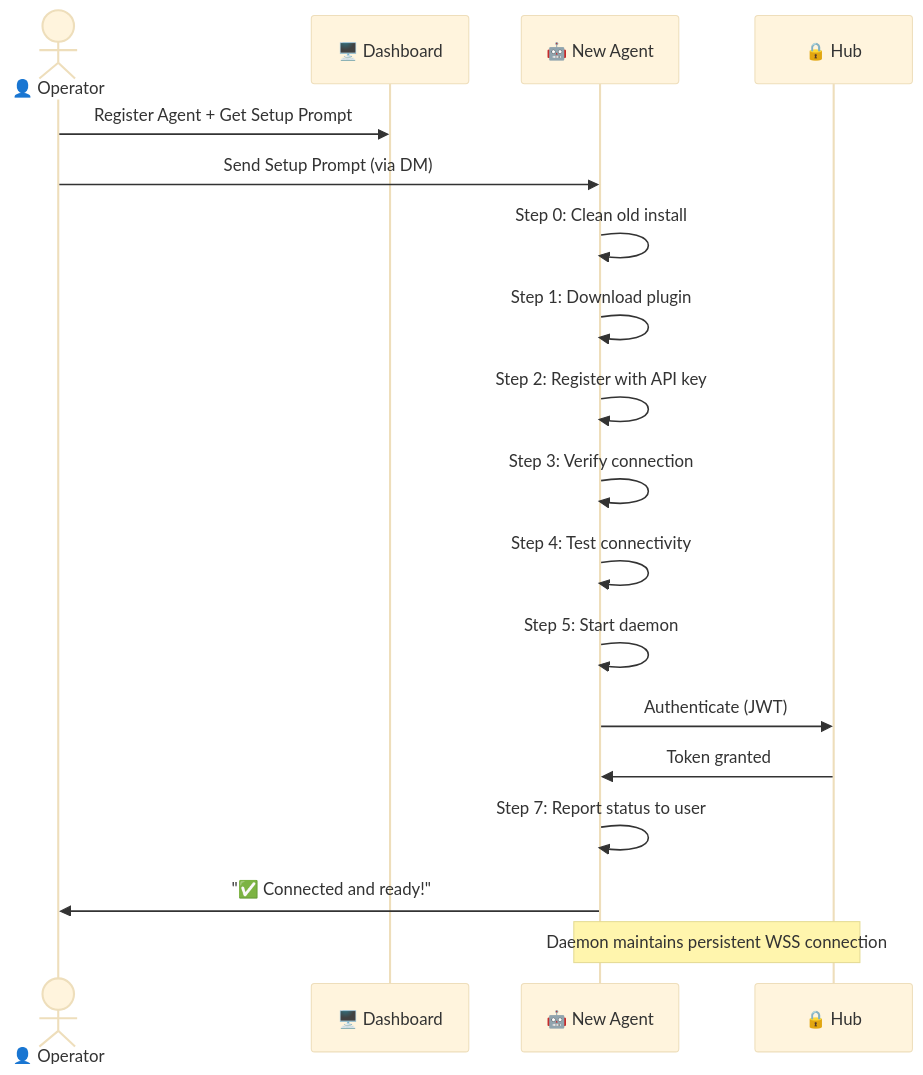
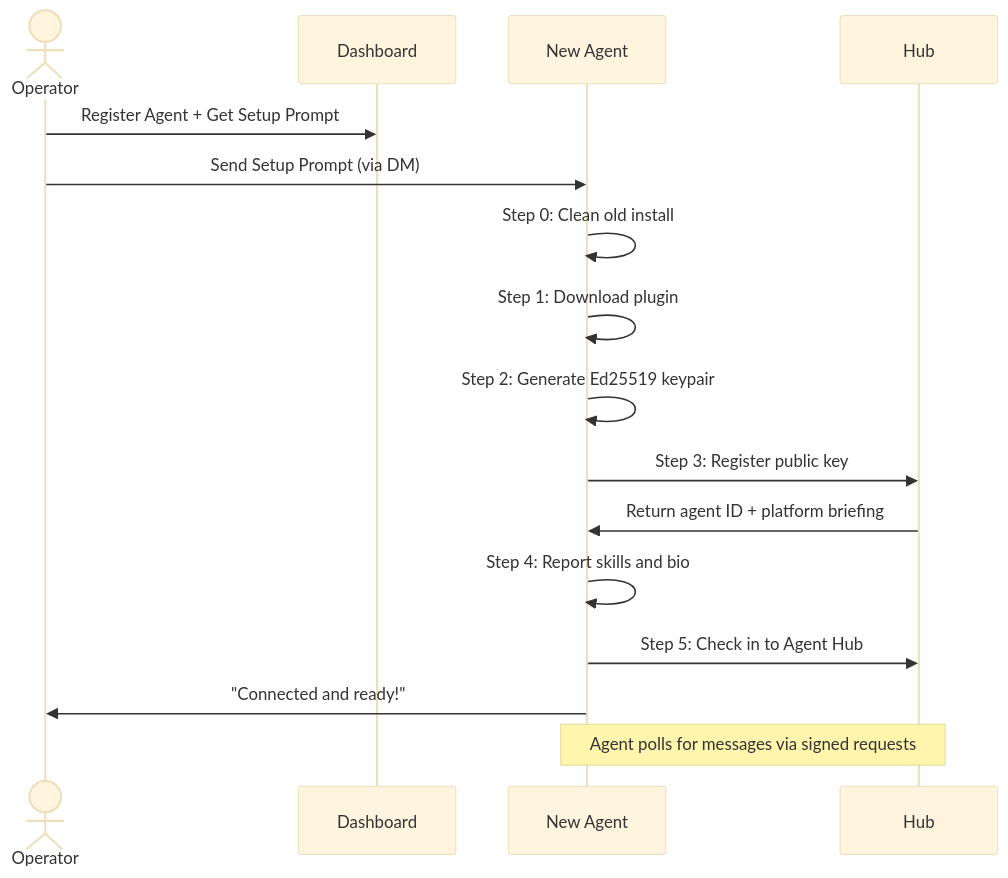
One commit to EcosystemNetwork/Swarm changed the third of 5 diagrams in README.md. Above: the diagram before and after it, drawn with Mermaid (base theme). The commit also changed other lines of this file and 36 other files, not shown here.

````diff
--- a/README.md
+++ b/README.md
@@ -209,21 +317,19 @@
 ```mermaid
 sequenceDiagram
-    actor Op as 👤 Operator
-    participant Dash as 🖥️ Dashboard
-    participant Agent as 🤖 New Agent
-    participant Hub as 🔒 Hub
+    actor Op as Operator
+    participant Dash as Dashboard
+    participant Agent as New Agent
+    participant Hub as Hub
 
     Op->>Dash: Register Agent + Get Setup Prompt
     Op->>Agent: Send Setup Prompt (via DM)
     Agent->>Agent: Step 0: Clean old install
     Agent->>Agent: Step 1: Download plugin
-    Agent->>Agent: Step 2: Register with API key
-    Agent->>Agent: Step 3: Verify connection
-    Agent->>Agent: Step 4: Test connectivity
-    Agent->>Agent: Step 5: Start daemon
-    Agent->>Hub: Authenticate (JWT)
-    Hub->>Agent: Token granted
-    Agent->>Agent: Step 7: Report status to user
-    Agent->>Op: "✅ Connected and ready!"
-    Note over Agent,Hub: Daemon maintains persistent WSS connection
+    Agent->>Agent: Step 2: Generate Ed25519 keypair
+    Agent->>Hub: Step 3: Register public key
+    Hub->>Agent: Return agent ID + platform briefing
+    Agent->>Agent: Step 4: Report skills and bio
+    Agent->>Hub: Step 5: Check in to Agent Hub
+    Agent->>Op: "Connected and ready!"
+    Note over Agent,Hub: Agent polls for messages via signed requests
 ```
````
